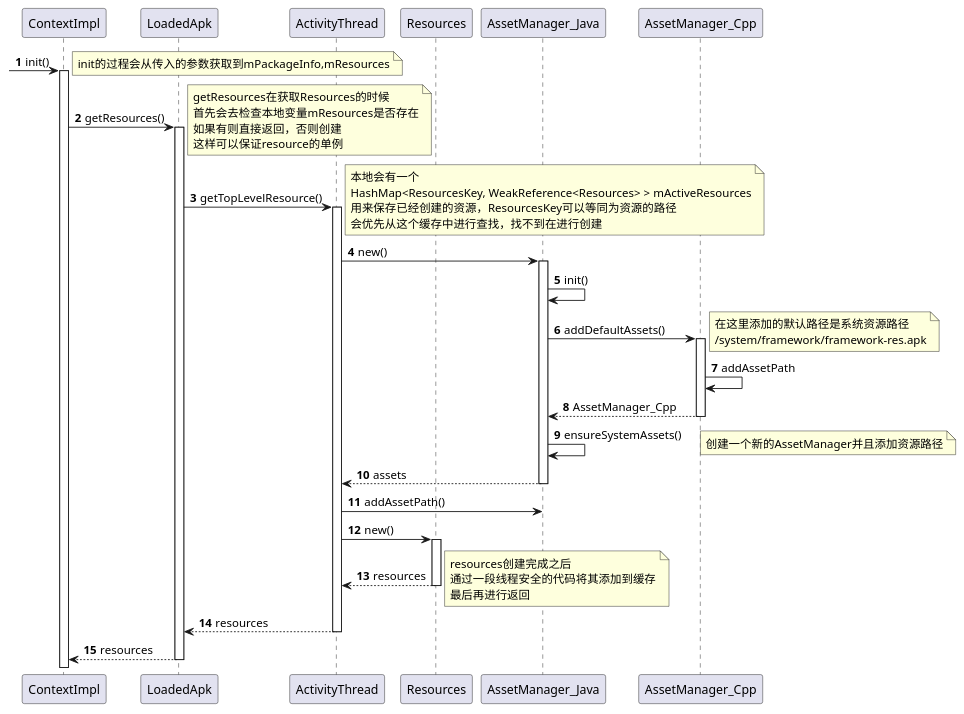
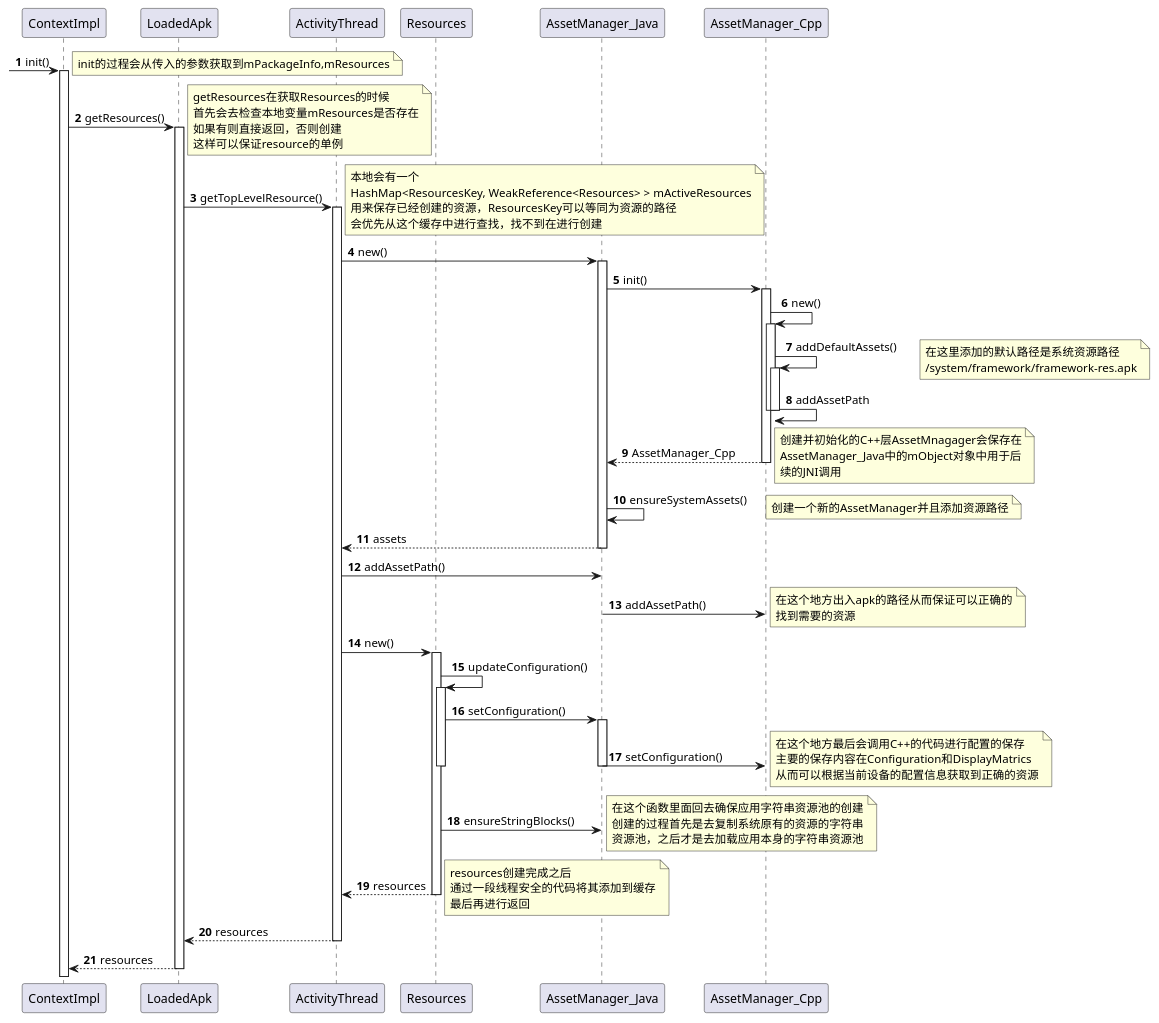
Before and after one commit to zhijianz/DevelopNotes: the diagram in DLProjects/Android Resource System/AssetManagerCreateProcess.pu, drawn with PlantUML. The commit also changed 1 other file, not shown here.

Commit message:
finish asset manager

```diff
--- a/DLProjects/Android Resource System/AssetManagerCreateProcess.pu
+++ b/DLProjects/Android Resource System/AssetManagerCreateProcess.pu
@@ -1,73 +1,109 @@
 @startuml
 autonumber
 
 participant ContextImpl
 participant LoadedApk
 participant ActivityThread
 participant Resources
 participant AssetManager_Java
 participant AssetManager_Cpp
 
 [-> ContextImpl : init()
 activate ContextImpl
 note left
 init的过程会从传入的参数获取到mPackageInfo,mResources
 end note
 
 ContextImpl -> LoadedApk : getResources()
 activate LoadedApk
 note right
 getResources在获取Resources的时候
 首先会去检查本地变量mResources是否存在
 如果有则直接返回，否则创建
 这样可以保证resource的单例
 end note
 
 LoadedApk -> ActivityThread : getTopLevelResource()
 activate ActivityThread
 note right
 本地会有一个
 HashMap<ResourcesKey, WeakReference<Resources> > mActiveResources
 用来保存已经创建的资源，ResourcesKey可以等同为资源的路径
 会优先从这个缓存中进行查找，找不到在进行创建
 end note
 
 ActivityThread -> AssetManager_Java : new()
 activate AssetManager_Java
-AssetManager_Java -> AssetManager_Java : init()
+AssetManager_Java -> AssetManager_Cpp : init()
+activate AssetManager_Cpp
 
-AssetManager_Java -> AssetManager_Cpp : addDefaultAssets()
+AssetManager_Cpp -> AssetManager_Cpp : new()
+activate AssetManager_Cpp
+
+AssetManager_Cpp -> AssetManager_Cpp : addDefaultAssets()
 note right
 在这里添加的默认路径是系统资源路径
 /system/framework/framework-res.apk
 end note
 activate AssetManager_Cpp
+
 AssetManager_Cpp -> AssetManager_Cpp : addAssetPath
+deactivate AssetManager_Cpp
+deactivate AssetManager_Cpp
+
 AssetManager_Cpp --> AssetManager_Java : AssetManager_Cpp
+note right
+创建并初始化的C++层AssetMnagager会保存在
+AssetManager_Java中的mObject对象中用于后
+续的JNI调用
+end note
 deactivate AssetManager_Cpp
 
 AssetManager_Java -> AssetManager_Java : ensureSystemAssets()
 note right
 创建一个新的AssetManager并且添加资源路径
 end note
 AssetManager_Java --> ActivityThread : assets
 deactivate AssetManager_Java
 
 ActivityThread -> AssetManager_Java : addAssetPath()
+AssetManager_Java -> AssetManager_Cpp : addAssetPath()
+note right
+在这个地方出入apk的路径从而保证可以正确的
+找到需要的资源
+end note
 
 ActivityThread -> Resources : new()
 activate Resources
+Resources -> Resources : updateConfiguration()
+activate Resources
+Resources -> AssetManager_Java : setConfiguration()
+activate AssetManager_Java
+AssetManager_Java -> AssetManager_Cpp : setConfiguration()
+deactivate AssetManager_Java
+note right
+在这个地方最后会调用C++的代码进行配置的保存
+主要的保存内容在Configuration和DisplayMatrics
+从而可以根据当前设备的配置信息获取到正确的资源
+end note
+deactivate Resources
+Resources -> AssetManager_Java : ensureStringBlocks()
+note right
+在这个函数里面回去确保应用字符串资源池的创建
+创建的过程首先是去复制系统原有的资源的字符串
+资源池，之后才是去加载应用本身的字符串资源池
+end note
 Resources --> ActivityThread : resources
 deactivate Resources
 note right
 resources创建完成之后
 通过一段线程安全的代码将其添加到缓存
 最后再进行返回
 end note
 
 ActivityThread --> LoadedApk : resources
 deactivate ActivityThread
 
 LoadedApk --> ContextImpl : resources
 deactivate LoadedApk
 @enduml
```
